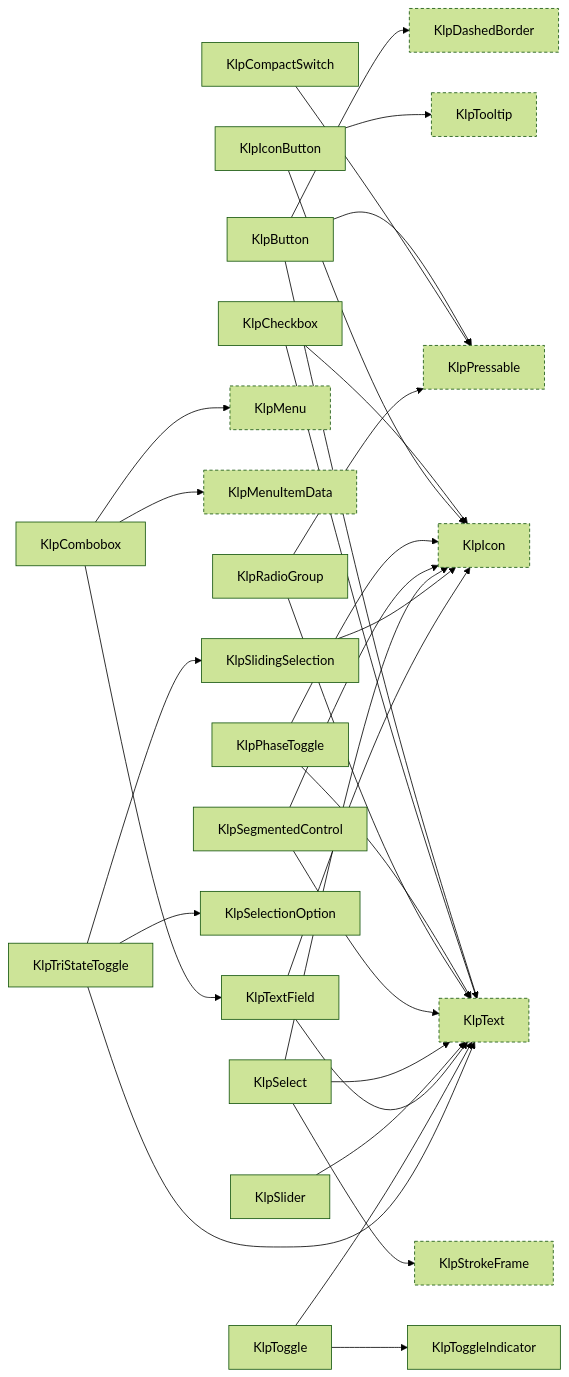
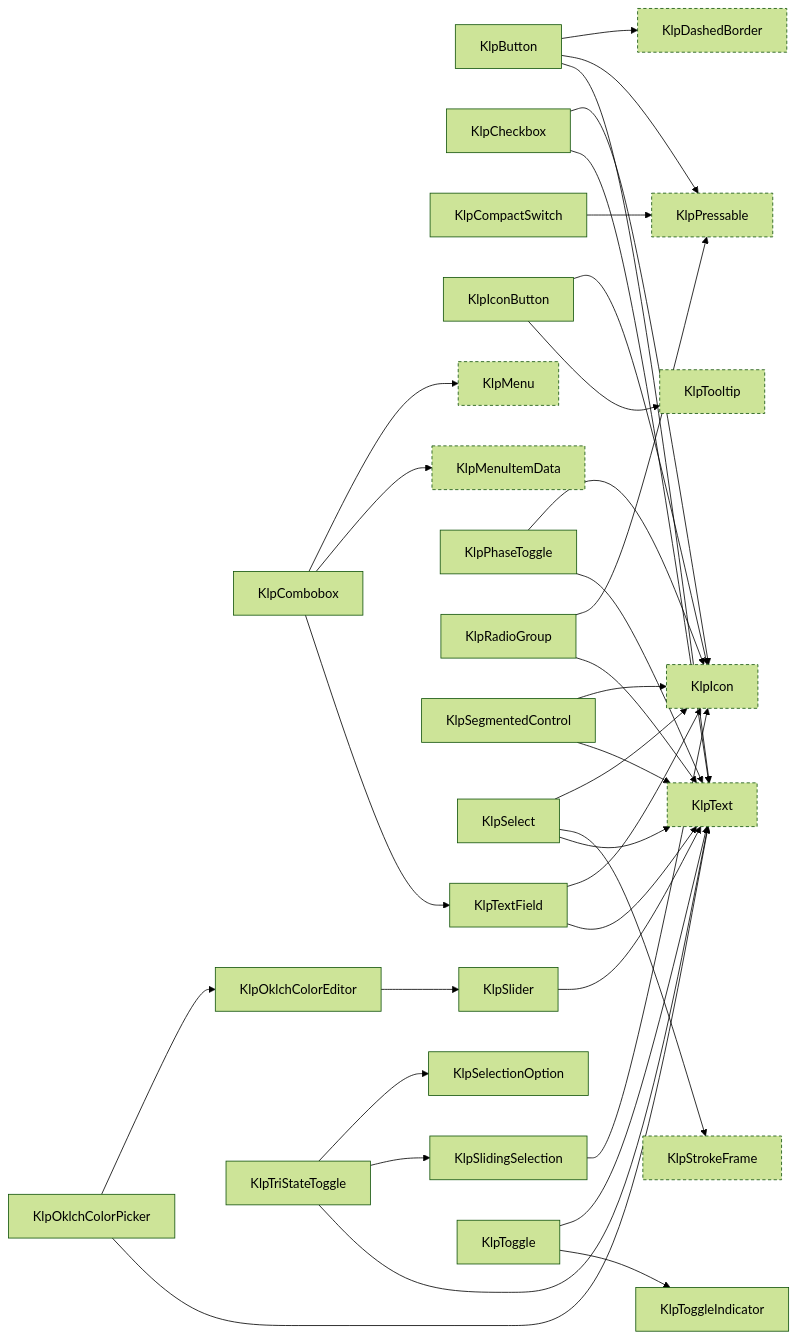
The ninth of 18 diagrams in spec/component-inventory.md (MiuDog/Kallopis), drawn with Mermaid (forest theme) before and after one commit. The commit also changed other lines of this file and 1105 other files, not shown here.

Commit message:
refactor: establish semantic design architecture

````diff
--- a/spec/component-inventory.md
+++ b/spec/component-inventory.md
@@ -454,57 +482,62 @@
 ```mermaid
 graph LR
   KlpButton["KlpButton"]
   KlpCheckbox["KlpCheckbox"]
   KlpCombobox["KlpCombobox"]
   KlpCompactSwitch["KlpCompactSwitch"]
   KlpDashedBorder["KlpDashedBorder"]:::external
   KlpIcon["KlpIcon"]:::external
   KlpIconButton["KlpIconButton"]
   KlpMenu["KlpMenu"]:::external
   KlpMenuItemData["KlpMenuItemData"]:::external
+  KlpOklchColorEditor["KlpOklchColorEditor"]
+  KlpOklchColorPicker["KlpOklchColorPicker"]
   KlpPhaseToggle["KlpPhaseToggle"]
   KlpPressable["KlpPressable"]:::external
   KlpRadioGroup["KlpRadioGroup"]
   KlpSegmentedControl["KlpSegmentedControl"]
   KlpSelect["KlpSelect"]
   KlpSelectionOption["KlpSelectionOption"]
   KlpSlider["KlpSlider"]
   KlpSlidingSelection["KlpSlidingSelection"]
   KlpStrokeFrame["KlpStrokeFrame"]:::external
   KlpText["KlpText"]:::external
   KlpTextField["KlpTextField"]
   KlpToggle["KlpToggle"]
   KlpToggleIndicator["KlpToggleIndicator"]
   KlpTooltip["KlpTooltip"]:::external
   KlpTriStateToggle["KlpTriStateToggle"]
   KlpButton --> KlpDashedBorder
   KlpButton --> KlpPressable
   KlpButton --> KlpText
   KlpCheckbox --> KlpIcon
   KlpCheckbox --> KlpText
   KlpCombobox --> KlpMenu
   KlpCombobox --> KlpMenuItemData
   KlpCombobox --> KlpTextField
   KlpCompactSwitch --> KlpPressable
   KlpIconButton --> KlpIcon
   KlpIconButton --> KlpTooltip
+  KlpOklchColorEditor --> KlpSlider
+  KlpOklchColorPicker --> KlpOklchColorEditor
+  KlpOklchColorPicker --> KlpText
   KlpPhaseToggle --> KlpIcon
   KlpPhaseToggle --> KlpText
   KlpRadioGroup --> KlpPressable
   KlpRadioGroup --> KlpText
   KlpSegmentedControl --> KlpIcon
   KlpSegmentedControl --> KlpText
   KlpSelect --> KlpIcon
   KlpSelect --> KlpStrokeFrame
   KlpSelect --> KlpText
   KlpSlider --> KlpText
   KlpSlidingSelection --> KlpIcon
   KlpTextField --> KlpIcon
   KlpTextField --> KlpText
   KlpToggle --> KlpText
   KlpToggle --> KlpToggleIndicator
   KlpTriStateToggle --> KlpSelectionOption
   KlpTriStateToggle --> KlpSlidingSelection
   KlpTriStateToggle --> KlpText
   classDef external stroke-dasharray: 4 3;
 ```
````
